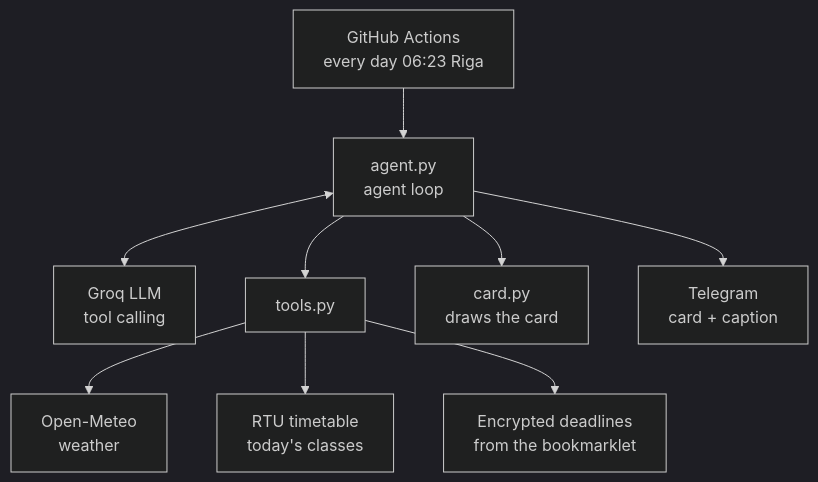
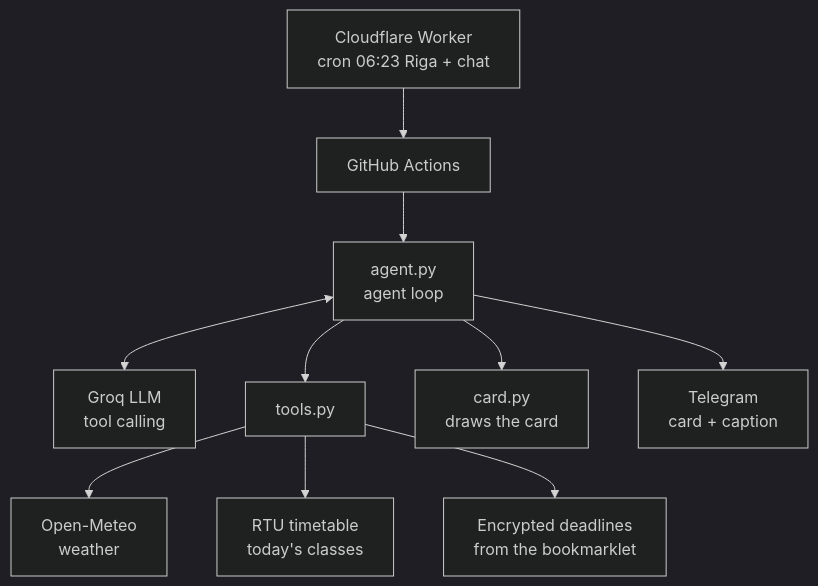
The diagram in README.md (ars1an-cod1/morning-agent), drawn with Mermaid (dark theme) before and after one commit. The commit also changed other lines of this file and 2 other files, not shown here.

First line of the commit message:
Add a Cloudflare Worker: on-time morning trigger and Telegram chat

````diff
--- a/README.md
+++ b/README.md
@@ -20,11 +20,12 @@
 ```mermaid
 flowchart TD
-    A["GitHub Actions<br/>every day 06:23 Riga"] --> B["agent.py<br/>agent loop"]
+    W["Cloudflare Worker<br/>cron 06:23 Riga + chat"] --> A["GitHub Actions"]
+    A --> B["agent.py<br/>agent loop"]
     B <--> C["Groq LLM<br/>tool calling"]
     B --> D["tools.py"]
     D --> E["Open-Meteo<br/>weather"]
     D --> F["RTU timetable<br/>today's classes"]
     D --> G["Encrypted deadlines<br/>from the bookmarklet"]
     B --> H["card.py<br/>draws the card"]
     B --> I["Telegram<br/>card + caption"]
 ```
````
